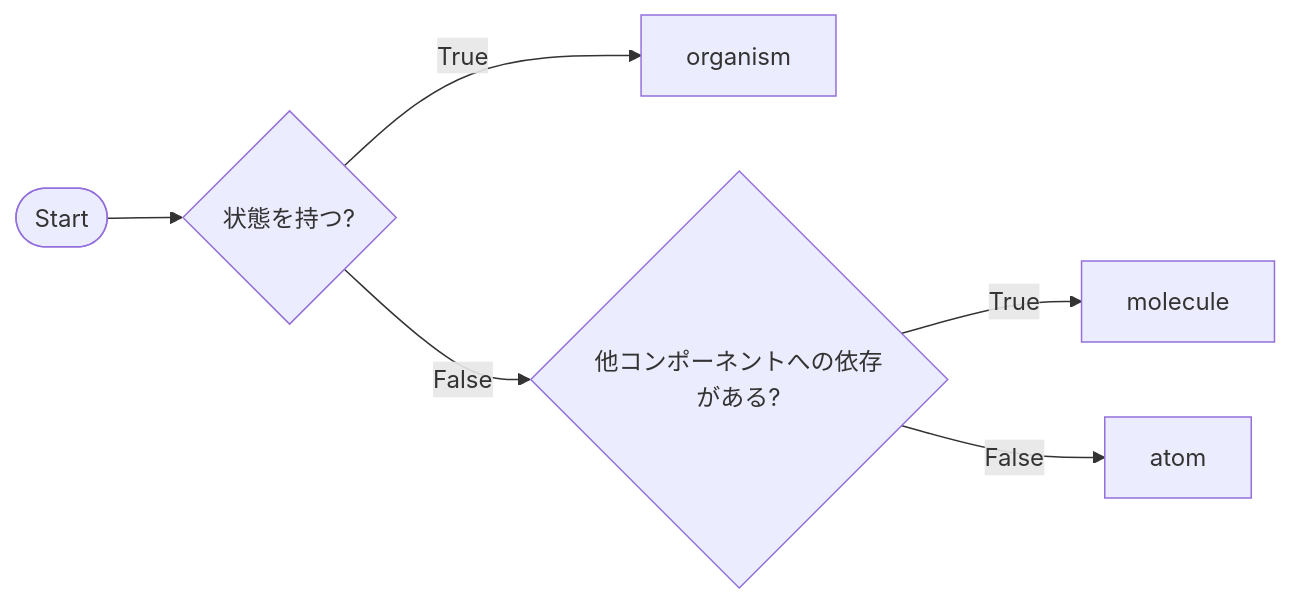
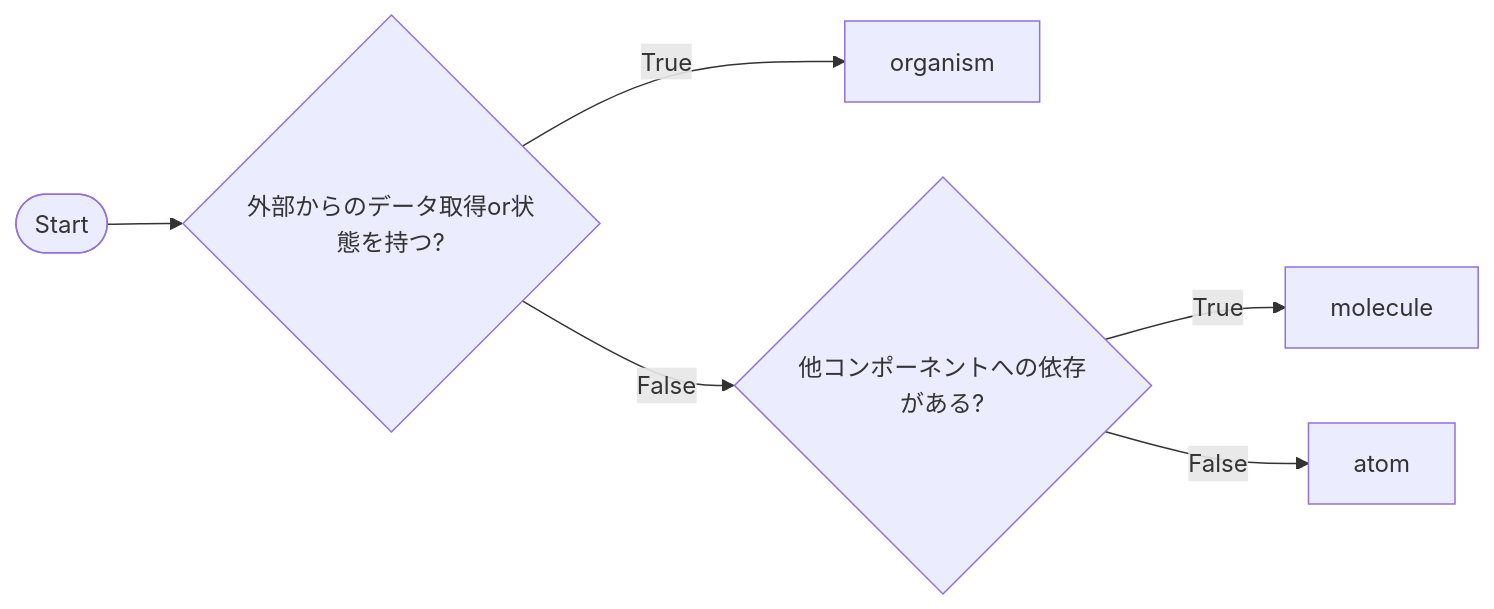
Before and after one commit to usuyuki/usuyuki_blog_v2: the first of 2 diagrams in README.md, drawn with Mermaid. The commit also changed 3 other files, not shown here.

````diff
--- a/README.md
+++ b/README.md
@@ -23,8 +23,8 @@
 ```mermaid
 flowchart LR
-  Start([Start])-->if1{状態を持つ?}
+  Start([Start])-->if1{外部からのデータ取得or状態を持つ?}
   if1-->|True|organism[organism]
   if1-->|False|if2{他コンポーネントへの依存がある?}
   if2-->|True|molecule[molecule]
   if2-->|False|atom[atom]
 ```
````
